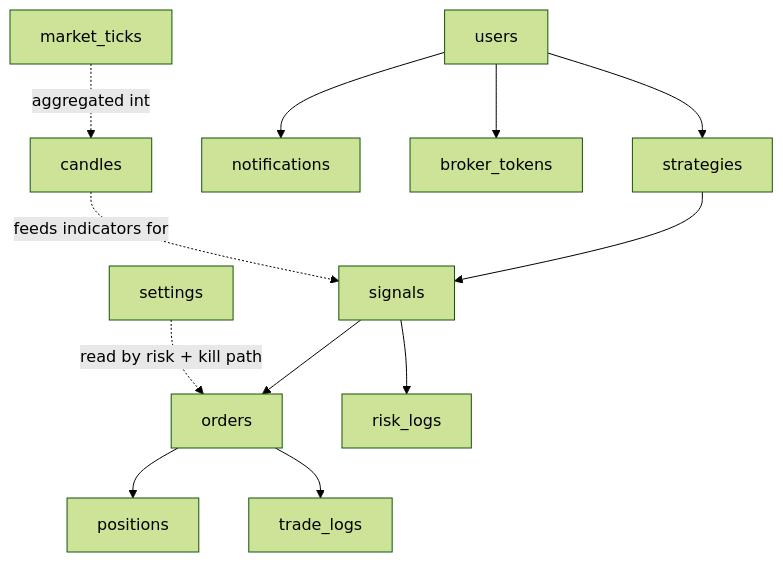
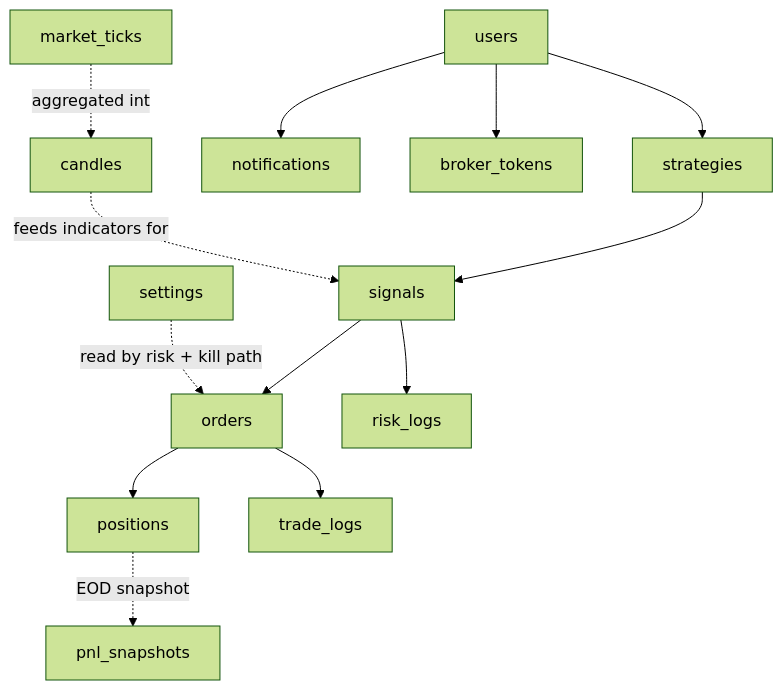
Before and after one commit to Mitesh5-5-7-6/algo-trade: the diagram in plan/07_DATABASE_DESIGN.md, drawn with Mermaid (forest theme). The commit also changed other lines of this file and 5 other files, not shown here.

````diff
--- a/plan/07_DATABASE_DESIGN.md
+++ b/plan/07_DATABASE_DESIGN.md
@@ -146,14 +154,15 @@
 ```mermaid
 flowchart TD
     U["users"] --> S["strategies"]
     S --> SIG["signals"]
     SIG --> O["orders"]
     O --> P["positions"]
+    P -.EOD snapshot.-> PS["pnl_snapshots"]
     SIG --> RL["risk_logs"]
     O --> TL["trade_logs"]
     U --> N["notifications"]
     U --> BT["broker_tokens"]
     C["candles"] -.feeds indicators for.-> SIG
     MT["market_ticks"] -.aggregated into.-> C
     SET["settings"] -.read by risk + kill path.-> O
 ```
````
